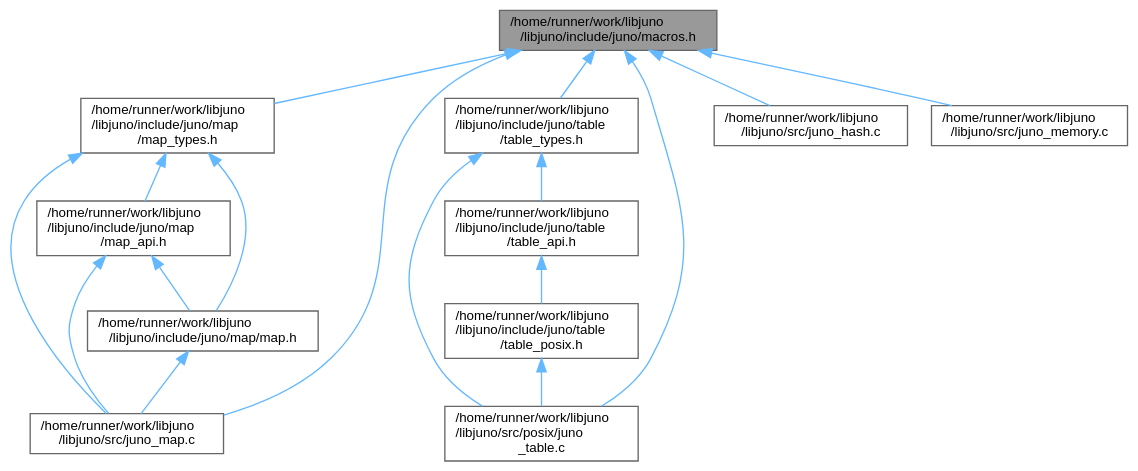
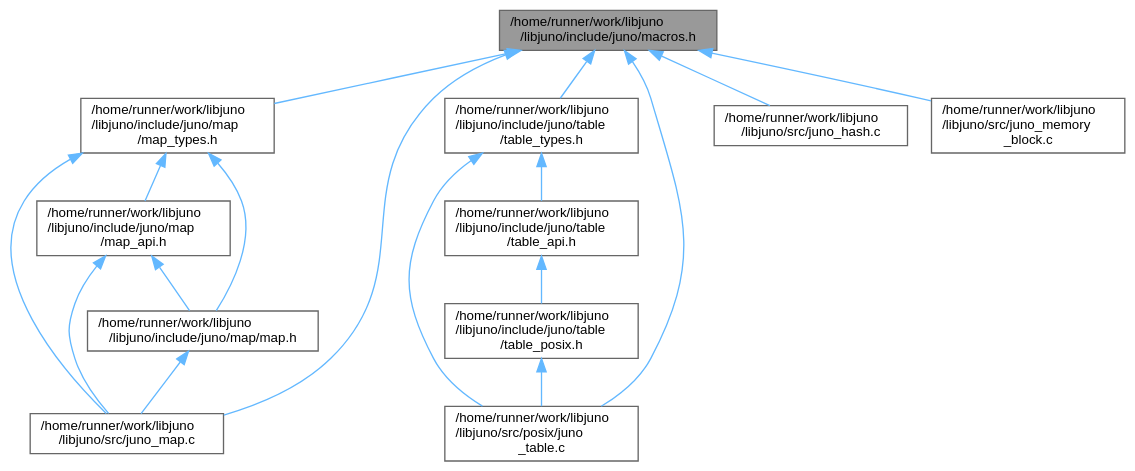
The diagram in macros_8h__dep__incl.dot (robinonsay/libjuno), drawn with Graphviz before and after one commit. The commit also changed 208 other files, not shown here.

```diff
--- a/macros_8h__dep__incl.dot
+++ b/macros_8h__dep__incl.dot
@@ -1,34 +1,34 @@
 digraph "/home/runner/work/libjuno/libjuno/include/juno/macros.h"
 {
  // LATEX_PDF_SIZE
   bgcolor="transparent";
   edge [fontname=Helvetica,fontsize=10,labelfontname=Helvetica,labelfontsize=10];
   node [fontname=Helvetica,fontsize=10,shape=box,height=0.2,width=0.4];
   Node1 [id="Node000001",label="/home/runner/work/libjuno\l/libjuno/include/juno/macros.h",height=0.2,width=0.4,color="gray40", fillcolor="grey60", style="filled", fontcolor="black",tooltip=" "];
   Node1 -> Node2 [id="edge1_Node000001_Node000002",dir="back",color="steelblue1",style="solid",tooltip=" "];
   Node2 [id="Node000002",label="/home/runner/work/libjuno\l/libjuno/include/juno/map\l/map_types.h",height=0.2,width=0.4,color="grey40", fillcolor="white", style="filled",URL="$map__types_8h.html",tooltip=" "];
   Node2 -> Node3 [id="edge2_Node000002_Node000003",dir="back",color="steelblue1",style="solid",tooltip=" "];
   Node3 [id="Node000003",label="/home/runner/work/libjuno\l/libjuno/include/juno/map/map.h",height=0.2,width=0.4,color="grey40", fillcolor="white", style="filled",URL="$map_8h.html",tooltip=" "];
   Node3 -> Node4 [id="edge3_Node000003_Node000004",dir="back",color="steelblue1",style="solid",tooltip=" "];
   Node4 [id="Node000004",label="/home/runner/work/libjuno\l/libjuno/src/juno_map.c",height=0.2,width=0.4,color="grey40", fillcolor="white", style="filled",URL="$juno__map_8c.html",tooltip=" "];
   Node2 -> Node5 [id="edge4_Node000002_Node000005",dir="back",color="steelblue1",style="solid",tooltip=" "];
   Node5 [id="Node000005",label="/home/runner/work/libjuno\l/libjuno/include/juno/map\l/map_api.h",height=0.2,width=0.4,color="grey40", fillcolor="white", style="filled",URL="$map__api_8h.html",tooltip=" "];
   Node5 -> Node3 [id="edge5_Node000005_Node000003",dir="back",color="steelblue1",style="solid",tooltip=" "];
   Node5 -> Node4 [id="edge6_Node000005_Node000004",dir="back",color="steelblue1",style="solid",tooltip=" "];
   Node2 -> Node4 [id="edge7_Node000002_Node000004",dir="back",color="steelblue1",style="solid",tooltip=" "];
   Node1 -> Node6 [id="edge8_Node000001_Node000006",dir="back",color="steelblue1",style="solid",tooltip=" "];
   Node6 [id="Node000006",label="/home/runner/work/libjuno\l/libjuno/include/juno/table\l/table_types.h",height=0.2,width=0.4,color="grey40", fillcolor="white", style="filled",URL="$table__types_8h.html",tooltip=" "];
   Node6 -> Node7 [id="edge9_Node000006_Node000007",dir="back",color="steelblue1",style="solid",tooltip=" "];
   Node7 [id="Node000007",label="/home/runner/work/libjuno\l/libjuno/include/juno/table\l/table_api.h",height=0.2,width=0.4,color="grey40", fillcolor="white", style="filled",URL="$table__api_8h.html",tooltip=" "];
   Node7 -> Node8 [id="edge10_Node000007_Node000008",dir="back",color="steelblue1",style="solid",tooltip=" "];
   Node8 [id="Node000008",label="/home/runner/work/libjuno\l/libjuno/include/juno/table\l/table_posix.h",height=0.2,width=0.4,color="grey40", fillcolor="white", style="filled",URL="$table__posix_8h.html",tooltip=" "];
   Node8 -> Node9 [id="edge11_Node000008_Node000009",dir="back",color="steelblue1",style="solid",tooltip=" "];
   Node9 [id="Node000009",label="/home/runner/work/libjuno\l/libjuno/src/posix/juno\l_table.c",height=0.2,width=0.4,color="grey40", fillcolor="white", style="filled",URL="$juno__table_8c.html",tooltip=" "];
   Node6 -> Node9 [id="edge12_Node000006_Node000009",dir="back",color="steelblue1",style="solid",tooltip=" "];
   Node1 -> Node10 [id="edge13_Node000001_Node000010",dir="back",color="steelblue1",style="solid",tooltip=" "];
   Node10 [id="Node000010",label="/home/runner/work/libjuno\l/libjuno/src/juno_hash.c",height=0.2,width=0.4,color="grey40", fillcolor="white", style="filled",URL="$juno__hash_8c.html",tooltip=" "];
   Node1 -> Node4 [id="edge14_Node000001_Node000004",dir="back",color="steelblue1",style="solid",tooltip=" "];
   Node1 -> Node11 [id="edge15_Node000001_Node000011",dir="back",color="steelblue1",style="solid",tooltip=" "];
-  Node11 [id="Node000011",label="/home/runner/work/libjuno\l/libjuno/src/juno_memory.c",height=0.2,width=0.4,color="grey40", fillcolor="white", style="filled",URL="$juno__memory_8c.html",tooltip=" "];
+  Node11 [id="Node000011",label="/home/runner/work/libjuno\l/libjuno/src/juno_memory\l_block.c",height=0.2,width=0.4,color="grey40", fillcolor="white", style="filled",URL="$juno__memory__block_8c.html",tooltip=" "];
   Node1 -> Node9 [id="edge16_Node000001_Node000009",dir="back",color="steelblue1",style="solid",tooltip=" "];
 }
```
